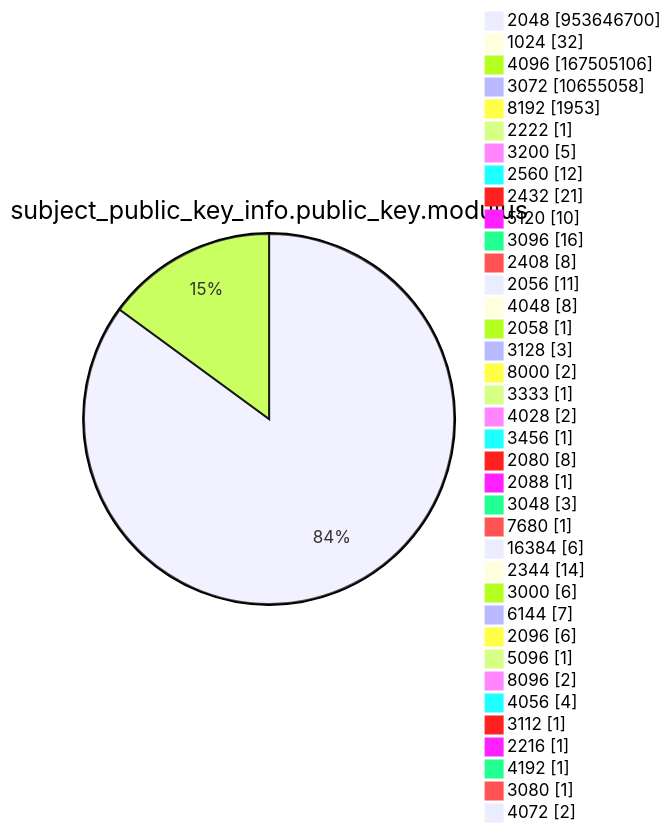
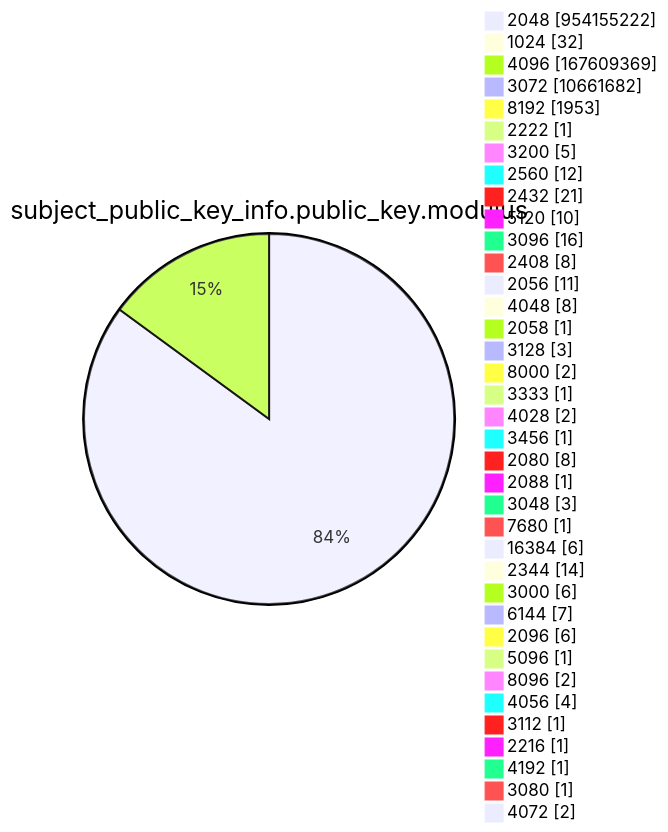
Diagram 13 of 15 in argon2022/README.md (christiankrug/ctmonitor_visualization), drawn with Mermaid before and after one commit. The commit also changed other lines of this file, not shown here.

````diff
--- a/argon2022/README.md
+++ b/argon2022/README.md
@@ -3585,41 +3585,41 @@
 ```mermaid
 pie showData
 title subject_public_key_info.public_key.modulus
-"2048" :953646700
+"2048" :954155222
 "1024" :32
-"4096" :167505106
-"3072" :10655058
+"4096" :167609369
+"3072" :10661682
 "8192" :1953
 "2222" :1
 "3200" :5
 "2560" :12
 "2432" :21
 "5120" :10
 "3096" :16
 "2408" :8
 "2056" :11
 "4048" :8
 "2058" :1
 "3128" :3
 "8000" :2
 "3333" :1
 "4028" :2
 "3456" :1
 "2080" :8
 "2088" :1
 "3048" :3
 "7680" :1
 "16384" :6
 "2344" :14
 "3000" :6
 "6144" :7
 "2096" :6
 "5096" :1
 "8096" :2
 "4056" :4
 "3112" :1
 "2216" :1
 "4192" :1
 "3080" :1
 "4072" :2
 ```
````
